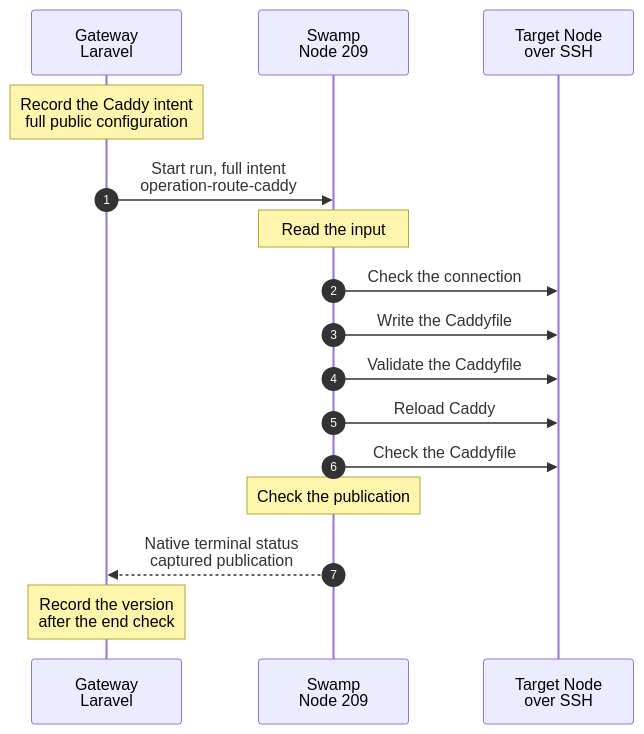
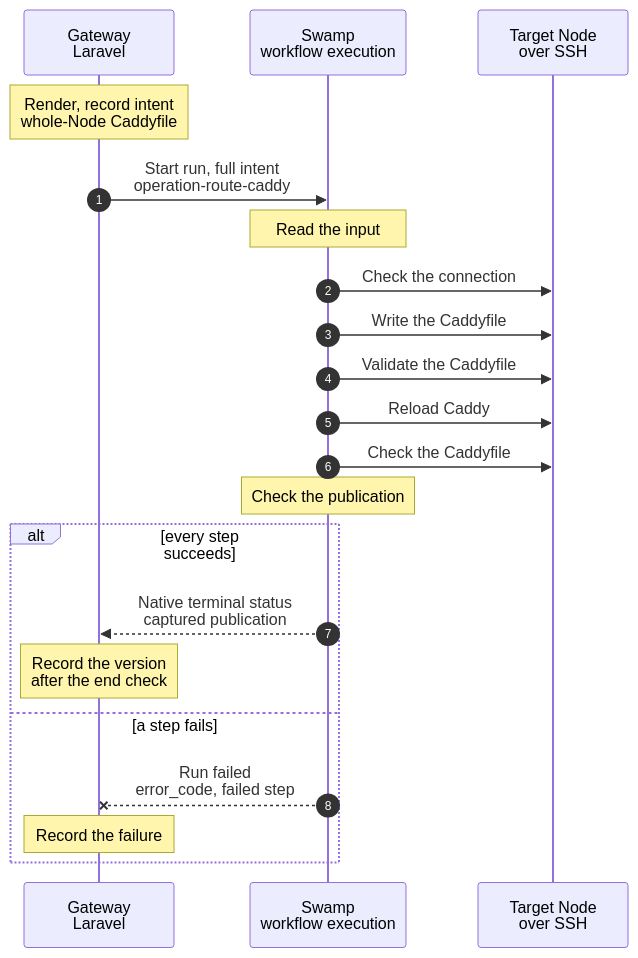
Before and after one commit to hardimpactdev/orbit: the diagram in docs/cli/route/caddy-converge.mmd, drawn with Mermaid. The commit also changed 1 other file, not shown here.

Commit message:
docs(route): route.caddy_converge chart and cases are ready

```diff
--- a/docs/cli/route/caddy-converge.mmd
+++ b/docs/cli/route/caddy-converge.mmd
@@ -1,34 +1,45 @@
 sequenceDiagram
-  %% Target design: complete captured Caddy publication, official cfgmgmt file and pinned SSH argv.
+  %% Target design: complete captured Caddy publication, official cfgmgmt file and pinned SSH argv. docs/reference/caddy-configuration.md#native-publication.
   %% Tightened: flow-tighten rules 9, 14, 22. No result printer. The official file check feeds the native end assertion.
-  %% status: draft
+  %% status: reviewed
   %% command: none · Node Caddy build
   %% kind: route.caddy_converge
   autonumber
   %% lane GW icon=gateway pill=intent tone=blue
   %% lane SW icon=workflow pill=executes tone=green
   %% lane N icon=server pill=target tone=amber
   participant GW as Gateway<br/>Laravel
-  participant SW as Swamp<br/>Node 209
+  participant SW as Swamp<br/>workflow execution
   participant N as Target Node<br/>over SSH
-  Note over GW: Record the Caddy intent<br/>full public configuration
+  Note over GW: Render, record intent<br/>whole-Node Caddyfile
+  %%> When:
+  %%> - an operator runs `orbit:caddy-build NODE` on the Gateway; there is no CLI command
+  %%> Refused before a task starts:
+  %%> - the Node is unknown, the render has a problem (`caddy.render_failed`), or the Node has no SSH address, user or host key, or the control identity is missing (`swamp.ssh_target_unavailable`, `swamp.ssh_identity_unavailable`)
   GW->>SW: Start run, full intent<br/>operation-route-caddy
+  %%> What the operator gets:
+  %%> - the Operation ID at once; completion is read from the Operation
   Note over SW: Read the input
-  %%> Verify the captured content hash before contacting the Node.
+  %%> Why first:
+  %%> - the captured content hash is verified before the Node is contacted
   SW->>N: Check the connection
-  %%> Official SSH verifies the admitted host keys before cfgmgmt changes the file.
-  %%> Enrolled Nodes already have their pinned host keys in the worker's known_hosts.
   SW->>N: Write the Caddyfile
-  %%> Official cfgmgmt file converges /etc/caddy/Caddyfile, root:caddy, mode 0640, replacing a symlink.
+  %%> What it does:
+  %%> - converges `/etc/caddy/Caddyfile` to the rendered bytes, `root:caddy`, mode 0640, replacing a symlink
   SW->>N: Validate the Caddyfile
-  %%> One bounded SSH argv runs caddy validate as the caddy user.
+  %%> Why:
+  %%> - `caddy validate` runs as the `caddy` user; a failed validation skips the reload
   SW->>N: Reload Caddy
-  %%> One bounded SSH argv reloads the active service. A failed validation skips this step.
   SW->>N: Check the Caddyfile
-  %%> The official file check verifies content, owner and mode after reload.
   Note over SW: Check the publication
-  %%> Native assert requires a compliant file check. No printer or custom failure step.
-  SW-->>GW: Native terminal status<br/>captured publication
-  Note over GW: Record the version<br/>after the end check
-  %%> The Gateway reads one native history response and records ready, published and the captured content version.
-  %%> Failure keeps the captured Operation and file for a safe rerun, with no rollback.
+  alt every step succeeds
+    SW-->>GW: Native terminal status<br/>captured publication
+    Note over GW: Record the version<br/>after the end check
+  else a step fails
+    SW--xGW: Run failed<br/>error_code, failed step
+    Note over GW: Record the failure
+    %%> On the Node:
+    %%> - the new bytes stay, also when the end check fails; there is no rollback
+    %%> Retry:
+    %%> - fix the cause and run `orbit:caddy-build NODE` again; a Caddyfile that fails validation needs the stored intent corrected first
+  end
```
